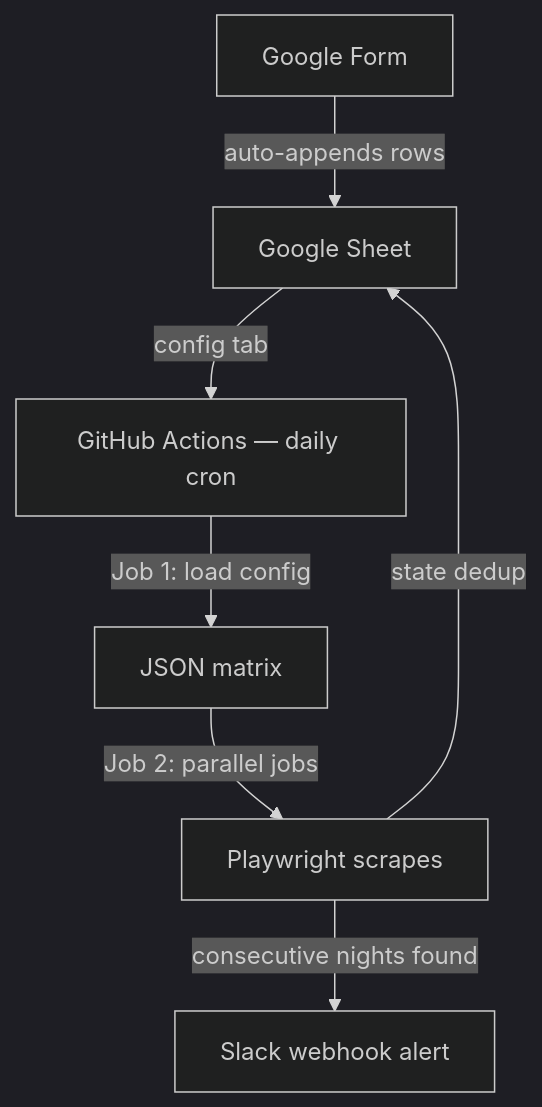
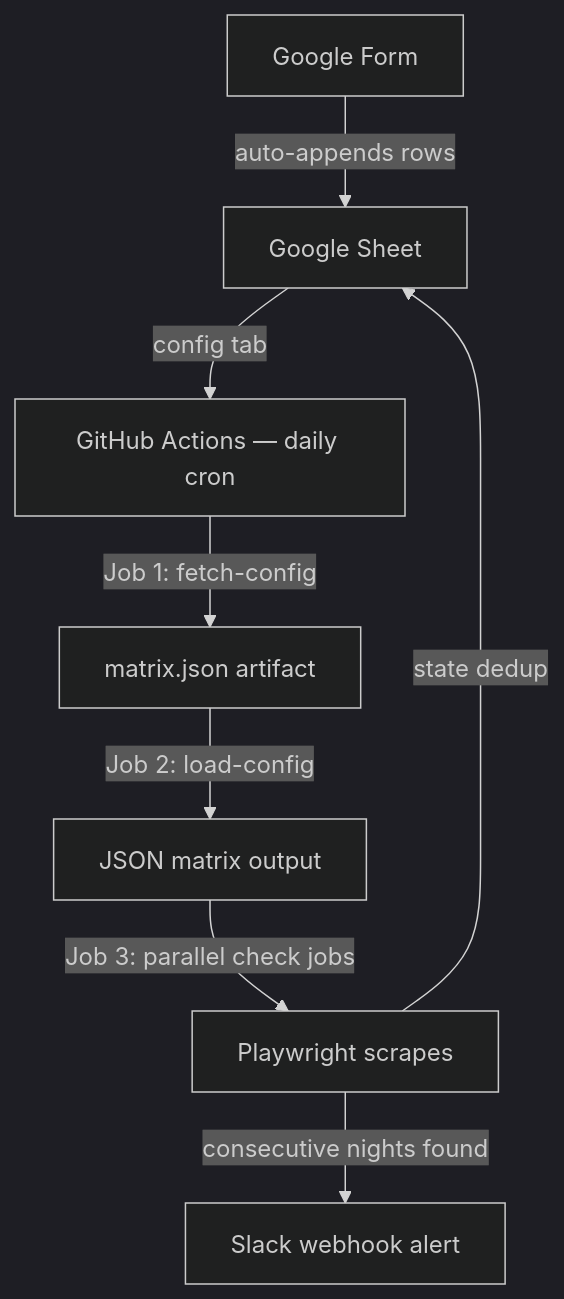
Before and after one commit to sklar/bookdog: the diagram in .claude/SPEC.md, drawn with Mermaid (dark theme). The commit also changed other lines of this file and 3 other files, not shown here.

````diff
--- a/.claude/SPEC.md
+++ b/.claude/SPEC.md
@@ -8,9 +8,10 @@
 ```mermaid
 flowchart TD
     A[Google Form] -->|auto-appends rows| B[Google Sheet]
     B -->|config tab| C[GitHub Actions — daily cron]
-    C -->|Job 1: load config| D[JSON matrix]
-    D -->|Job 2: parallel jobs| E[Playwright scrapes]
-    E -->|consecutive nights found| F[Slack webhook alert]
-    E -->|state dedup| B
+    C -->|Job 1: fetch-config| D[matrix.json artifact]
+    D -->|Job 2: load-config| E[JSON matrix output]
+    E -->|Job 3: parallel check jobs| F[Playwright scrapes]
+    F -->|consecutive nights found| G[Slack webhook alert]
+    F -->|state dedup| B
 ```
````
